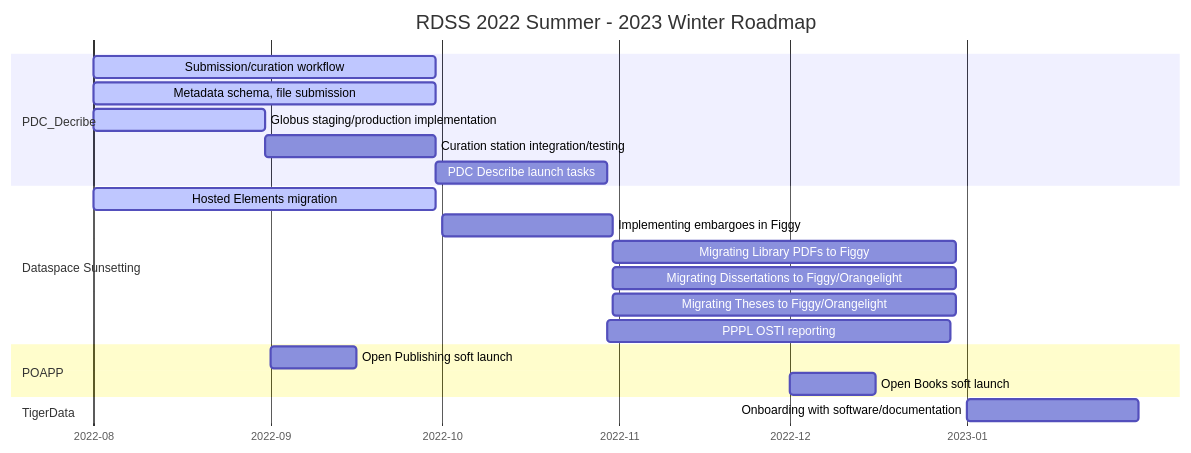
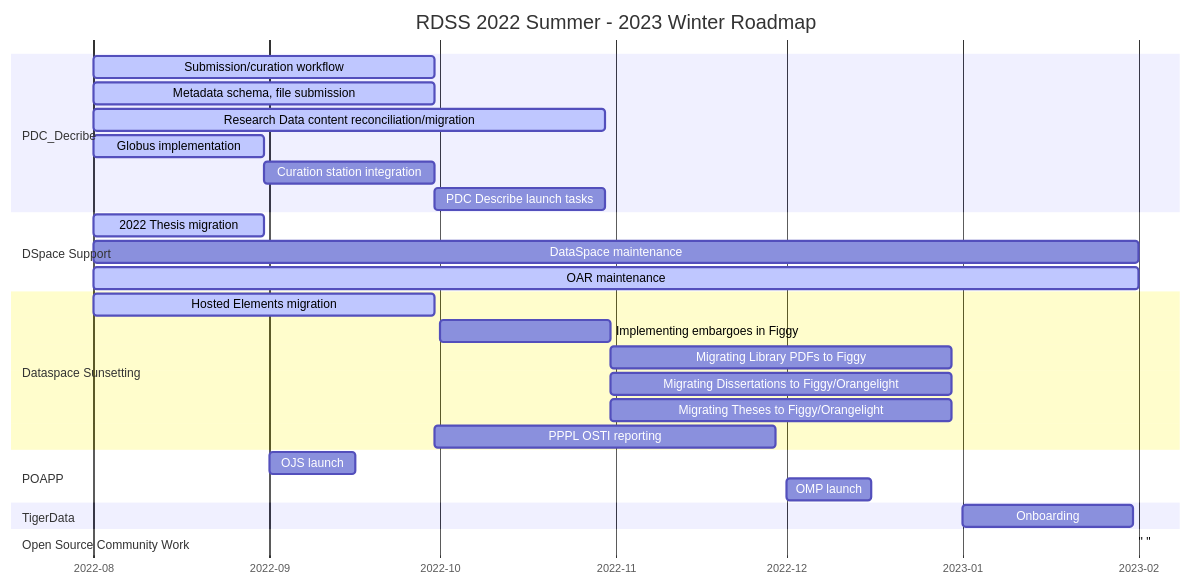
Before and after one commit to pulibrary/rdss-handbook: the first of 2 diagrams in roadmap.md, drawn with Mermaid.

Commit message:
Incorporated ongoing maintenance and other tasks

````diff
--- a/roadmap.md
+++ b/roadmap.md
@@ -5,25 +5,31 @@
 ```mermaid
 gantt
     title RDSS 2022 Summer - 2023 Winter Roadmap
     axisFormat  %Y-%m
     dateformat YYYY-MM
     section PDC_Decribe
     Submission/curation workflow           :active, pd1, 2022-08, 60d
     Metadata schema, file submission :active, pd2, 2022-08, 60d
-    Globus staging/production implementation     :active, pd3, 2022-08, 30d
-    Curation station integration/testing: pd4, after pd3, 30d
-    PDC Describe launch tasks: pd5, after pd4, 30d
+    Research Data content reconciliation/migration :active, pd3, 2022-08, 90d
+    Globus implementation     :active, pd4, 2022-08, 30d
+    Curation station integration: pd5, after pd4, 30d
+    PDC Describe launch tasks: pd6, after pd5, 30d
+    section DSpace Support
+    2022 Thesis migration :active, dsp1, 2022-08, 30d
+    DataSpace maintenance :active dsp2, 2022-08, 2023-02
+    OAR maintenance :active, dsp2, 2022-08, 2023-02
     section Dataspace Sunsetting
     Hosted Elements migration :active, ds1, 2022-08, 60d
     Implementing embargoes in Figgy: ds2, 2022-10, 30d
     Migrating Library PDFs to Figgy: ds4, after ds2, 60d
     Migrating Dissertations to Figgy/Orangelight: ds5, after ds2, 60d
     Migrating Theses to Figgy/Orangelight: ds6, after ds2, 60d
     PPPL OSTI reporting: ds3, after pd5,60d
     section POAPP
-    Open Publishing soft launch: po1, 2022-09, 15d
-    Open Books soft launch: po2, 2022-12, 15d
+    OJS launch: po1, 2022-09, 15d
+    OMP launch: po2, 2022-12, 15d
     section TigerData
-    Onboarding with software/documentation: td1, 2023-01, 30d
-
+    Onboarding: td1, 2023-01, 30d
+    section Open Source Community Work
+    " ": os1
 ```
````
